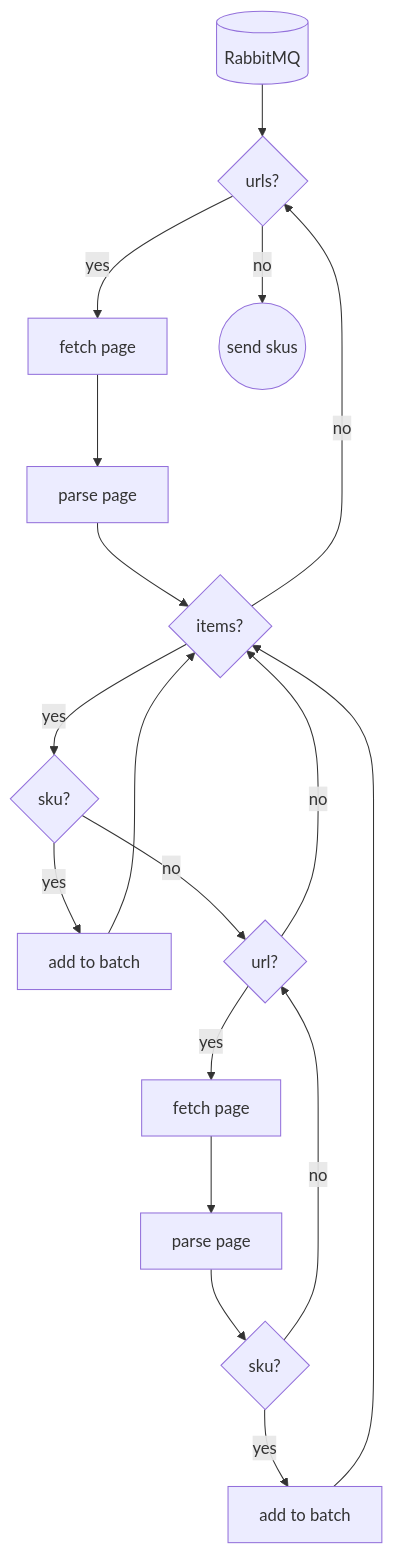
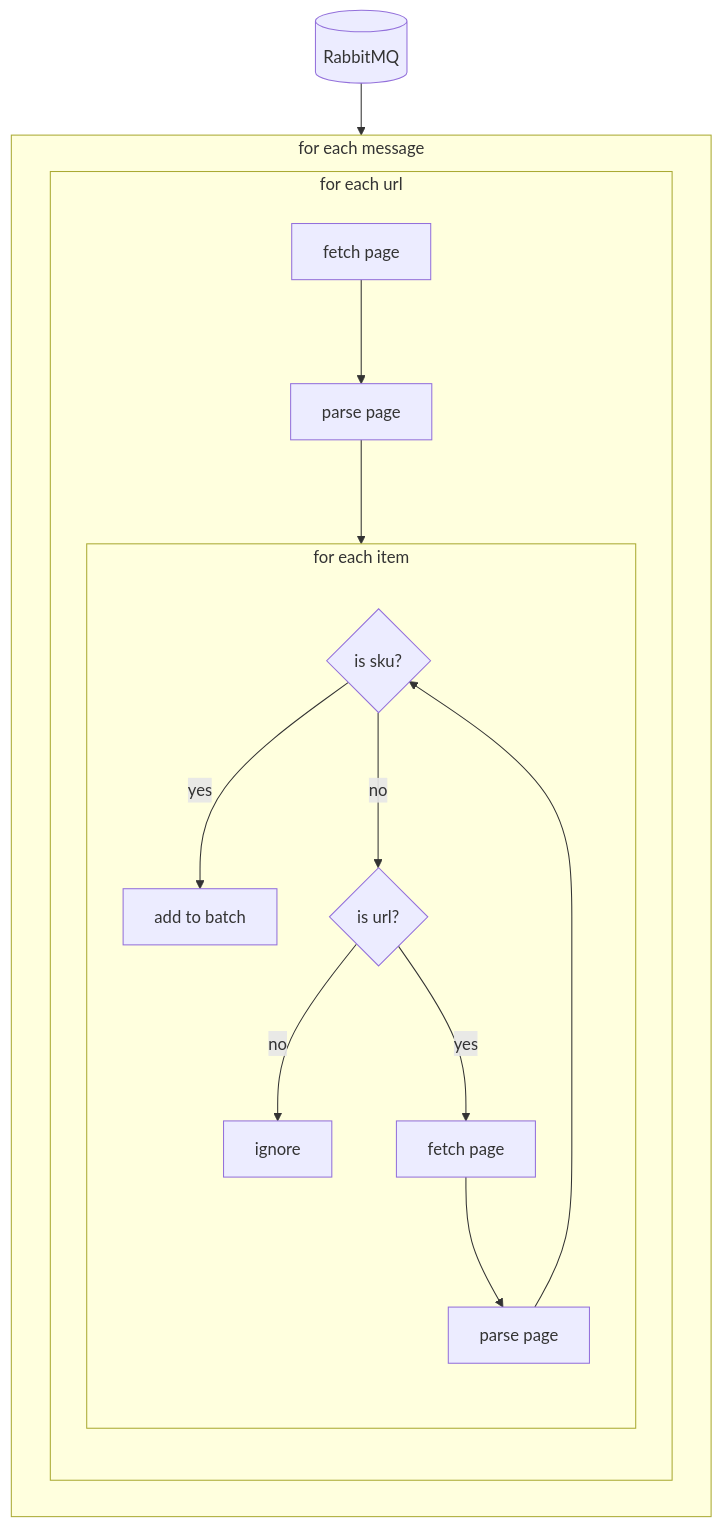
Before and after one commit to la-catalog/page-scraper: the diagram in README.md, drawn with Mermaid. The commit also changed other lines of this file, not shown here.

Commit message:
Update flowchart

````diff
--- a/README.md
+++ b/README.md
@@ -5,48 +4,40 @@
 ```mermaid
 flowchart TD
-  rabbit[(RabbitMQ)]
+    rabbit[(RabbitMQ)]
 
-  fetch_page[fetch page]
-  fetch_page2[fetch page]
-  parse_page[parse page]
-  parse_page2[parse page]
-  batch[add to batch]
-  batch2[add to batch]
+    rabbit --> for_each_message
 
-  exist_items{items?}
-  exist_urls{urls?}
-  is_url{url?}
-  is_sku{sku?}
-  is_sku2{sku?}
+    subgraph for_each_message[for each message]
+        subgraph for_each_url[for each url]
+            direction TB
+            fetch_page[fetch page]
+            parse_page[parse page]
 
-  send_skus((send skus))
+            fetch_page --> parse_page
 
-  rabbit --> exist_urls
+            parse_page --> for_each_item
 
-  exist_urls --> |yes| fetch_page
-  exist_urls --> |no| send_skus
+            subgraph for_each_item[for each item]
+                direction TB
 
-  fetch_page --> parse_page
+                add_batch[add to batch]
+                ignore[ignore]
+                fetch_page2[fetch page]
+                parse_page2[parse page]
 
-  parse_page --> exist_items
+                is_sku{is sku?}
+                is_url{is url?}
 
-  exist_items --> |yes| is_sku
-  exist_items --> |no| exist_urls
+                is_sku --> |yes| add_batch
+                is_sku --> |no| is_url
 
-  is_sku --> |no| is_url
-  is_sku --> |yes| batch
+                is_url --> |no| ignore
+                is_url --> |yes| fetch_page2
 
-  batch --> exist_items
+                fetch_page2 --> parse_page2
 
-  is_url --> |yes| fetch_page2
-  is_url --> |no| exist_items
-
-  fetch_page2 --> parse_page2
-
-  parse_page2 --> is_sku2
-
-  is_sku2 --> |yes| batch2
-  is_sku2 --> |no| is_url
-
-  batch2 --> exist_items
+                parse_page2 --> is_sku
+            end
+        end
+    end
 ```
````
